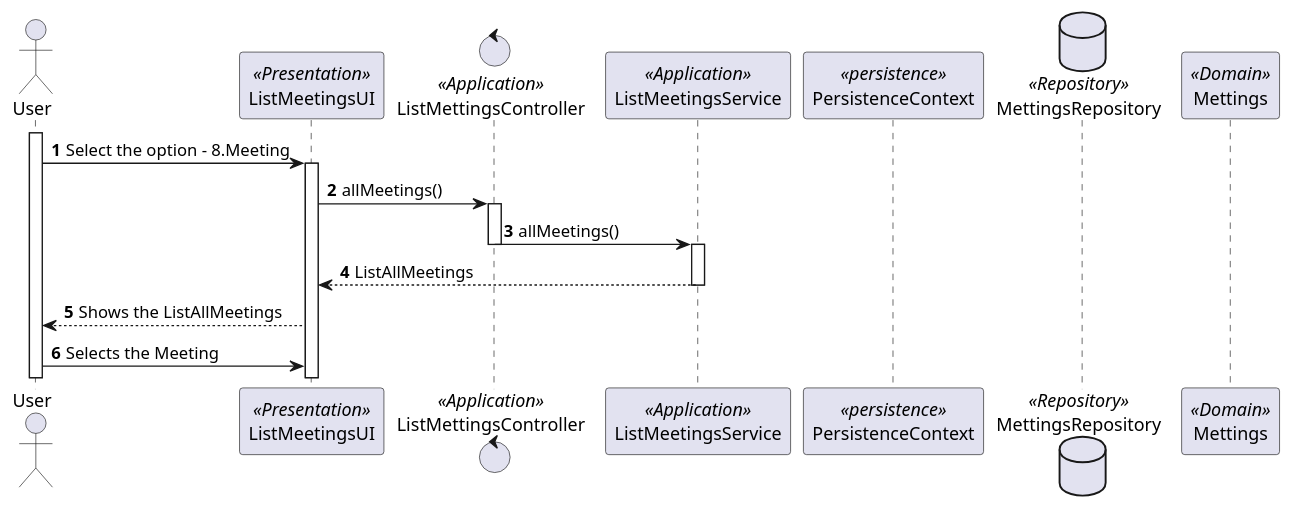
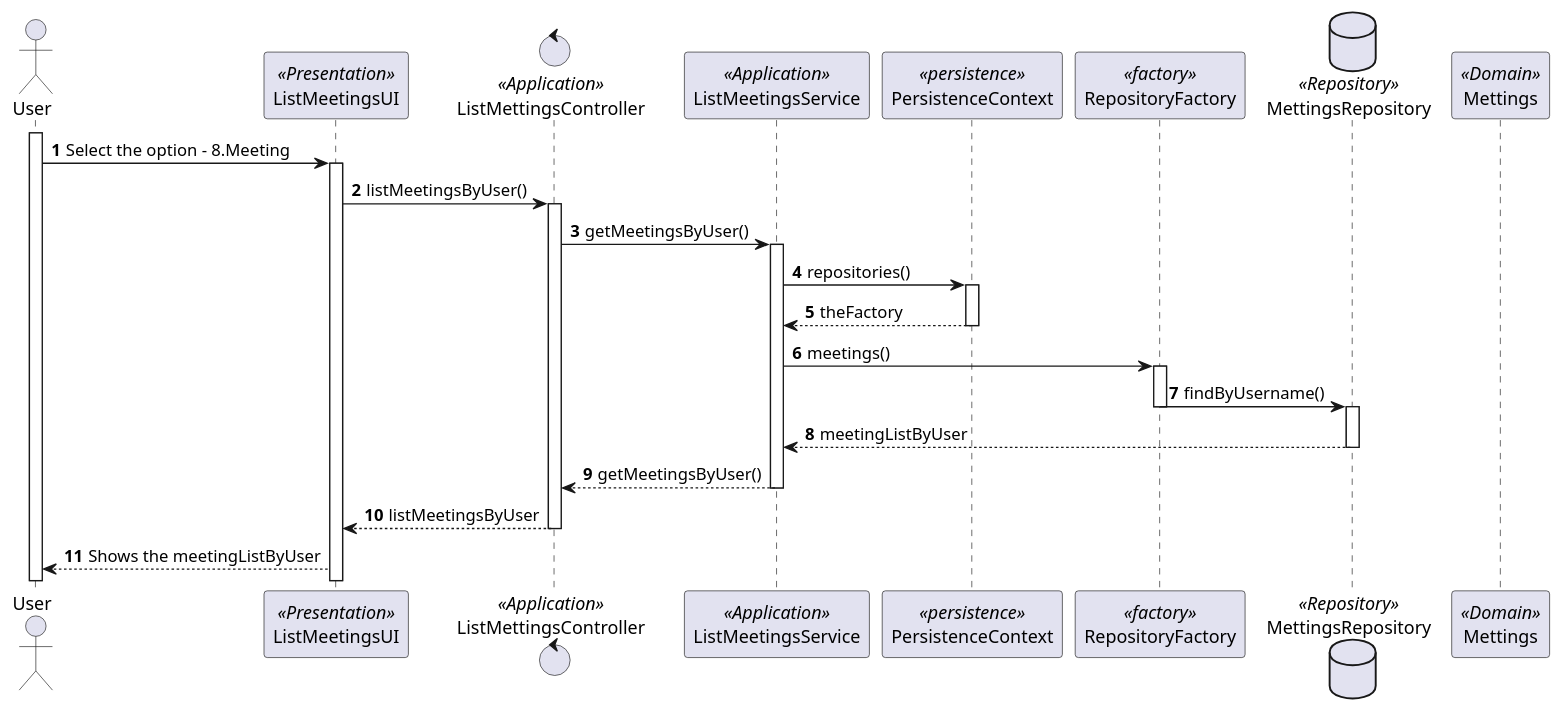
One commit to mascenso/isep-sem4-lapr4 changed the diagram in docs/SPRINT C/US4004 - View a list of participants in my meeting and their status/Sequence_Diagram.puml. Above: the diagram before and after it, drawn with PlantUML. The commit also changed 1 other file, not shown here.

Commit message:
[Sprint C][US4004] - class diagram creation

```diff
--- a/docs/SPRINT C/US4004 - View a list of participants in my meeting and their status/Sequence_Diagram.puml
+++ b/docs/SPRINT C/US4004 - View a list of participants in my meeting and their status/Sequence_Diagram.puml
@@ -1,30 +1,46 @@
 @startuml
 'https://plantuml.com/sequence-diagram
 
 autonumber
 
 actor User
 participant ListMeetingsUI      as UI <<Presentation>>
 control ListMettingsController  as Controller <<Application>>
 participant ListMeetingsService as Service <<Application>>
 participant PersistenceContext  as Persistence <<persistence>>
+participant RepositoryFactory   as RepFactory <<factory>>
 database MettingsRepository     as Repository <<Repository>>
 participant "Mettings"          as Mettings <<Domain>>
 
 activate User
 User -> UI                  : Select the option - 8.Meeting
 activate UI
-UI -> Controller            : allMeetings()
+UI -> Controller            : listMeetingsByUser()
 activate Controller
-Controller -> Service       : allMeetings()
+Controller -> Service       : getMeetingsByUser()
+
+activate Service
+Service -> Persistence      : repositories()
+activate Persistence
+Persistence --> Service     : theFactory
+deactivate Persistence
+Service -> RepFactory       : meetings()
+activate RepFactory
+RepFactory -> Repository    : findByUsername()
+deactivate RepFactory
+activate Repository
+Repository --> Service      : meetingListByUser
+deactivate Repository
+Service --> Controller      : getMeetingsByUser()
+deactivate Service
+Controller --> UI           : listMeetingsByUser
 deactivate Controller
-activate Service
-Service --> UI              : ListAllMeetings
-deactivate Service
-UI --> User                 : Shows the ListAllMeetings
-User -> UI                  : Selects the Meeting
+
+
+UI --> User                 : Shows the meetingListByUser
+
 
 
 
 
 @enduml
```
